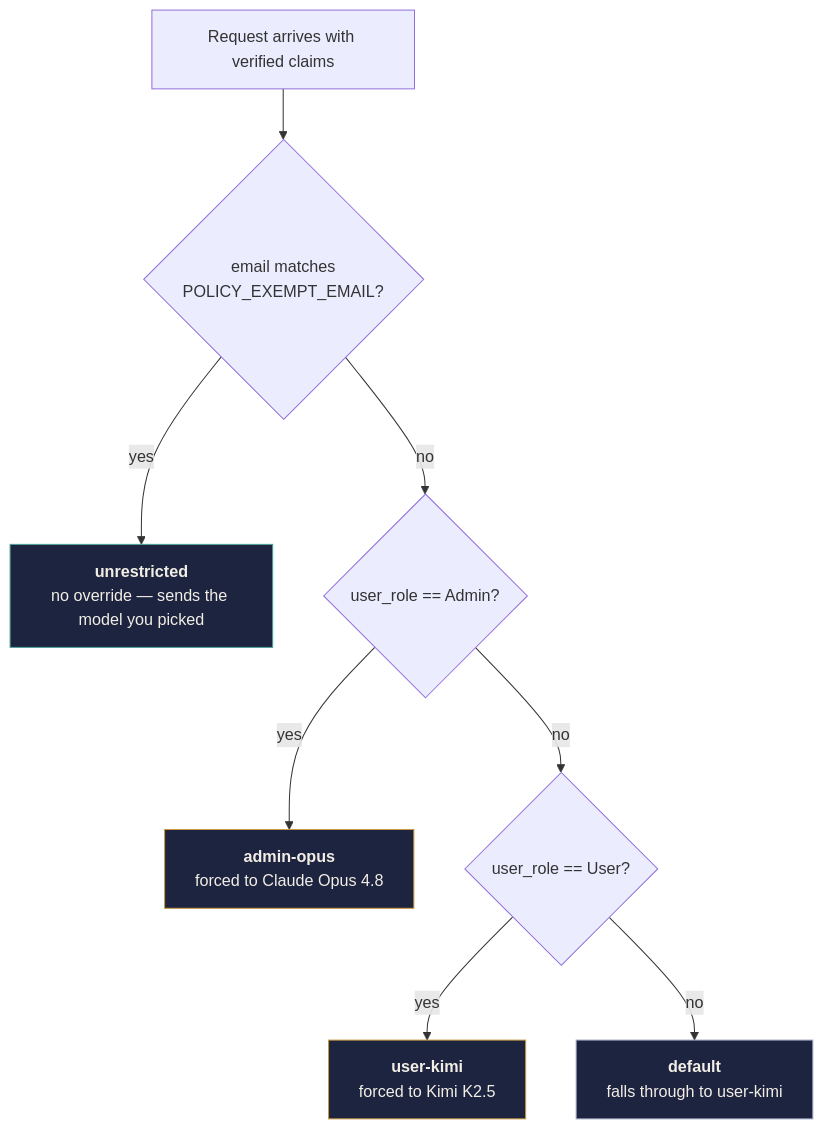
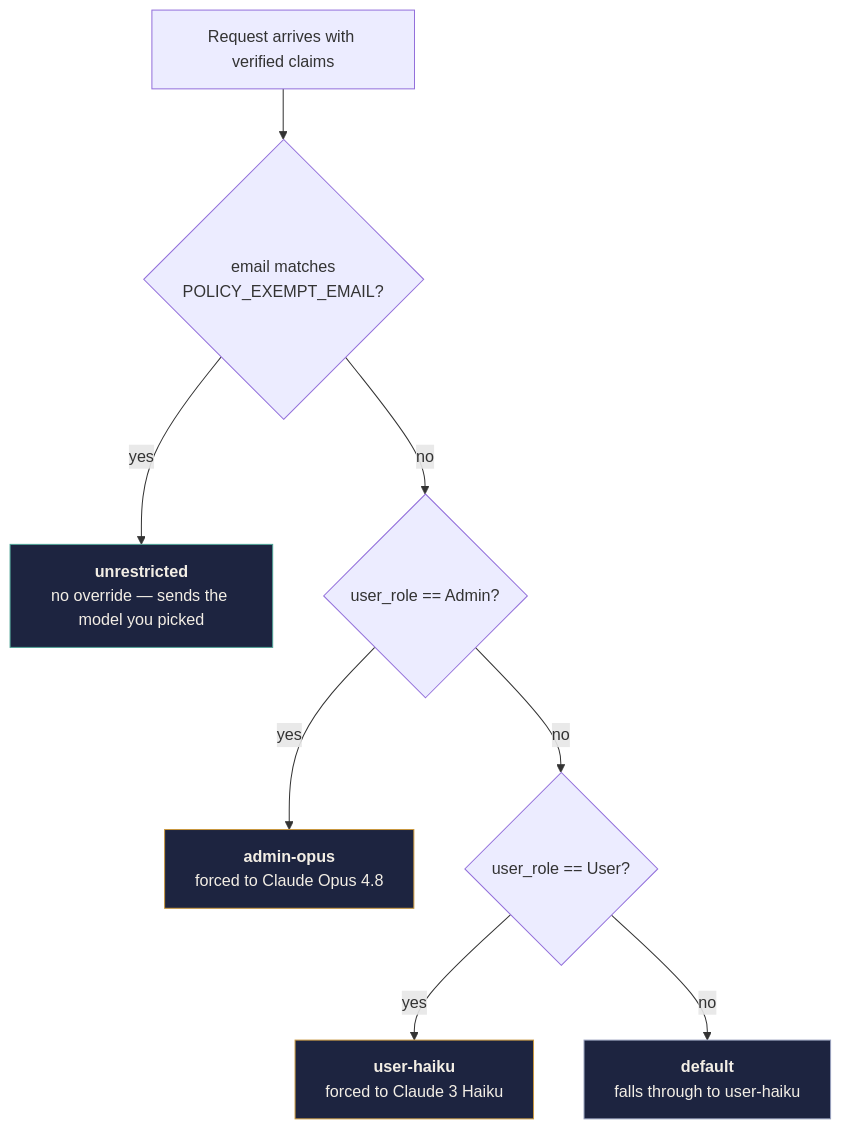
The second of 2 diagrams in README.md (sergeiudo/AI-Gateway-JWT-Demo), drawn with Mermaid before and after one commit. The commit also changed other lines of this file and 2 other files, not shown here.

````diff
--- a/README.md
+++ b/README.md
@@ -210,15 +210,15 @@
 ```mermaid
 flowchart TD
     Q["Request arrives with verified claims"] --> C1{"email matches<br/>POLICY_EXEMPT_EMAIL?"}
     C1 -->|yes| T1["<b>unrestricted</b><br/>no override — sends the model you picked"]
     C1 -->|no| C2{"user_role == Admin?"}
     C2 -->|yes| T2["<b>admin-opus</b><br/>forced to Claude Opus 4.8"]
     C2 -->|no| C3{"user_role == User?"}
-    C3 -->|yes| T3["<b>user-kimi</b><br/>forced to Kimi K2.5"]
-    C3 -->|no| T4["<b>default</b><br/>falls through to user-kimi"]
+    C3 -->|yes| T3["<b>user-haiku</b><br/>forced to Claude 3 Haiku"]
+    C3 -->|no| T4["<b>default</b><br/>falls through to user-haiku"]
 
     style T1 fill:#1d2440,stroke:#4fa396,color:#f3eee5
     style T2 fill:#1d2440,stroke:#c9973f,color:#f3eee5
     style T3 fill:#1d2440,stroke:#c9973f,color:#f3eee5
     style T4 fill:#1d2440,stroke:#98a1be,color:#f3eee5
 ```
````
